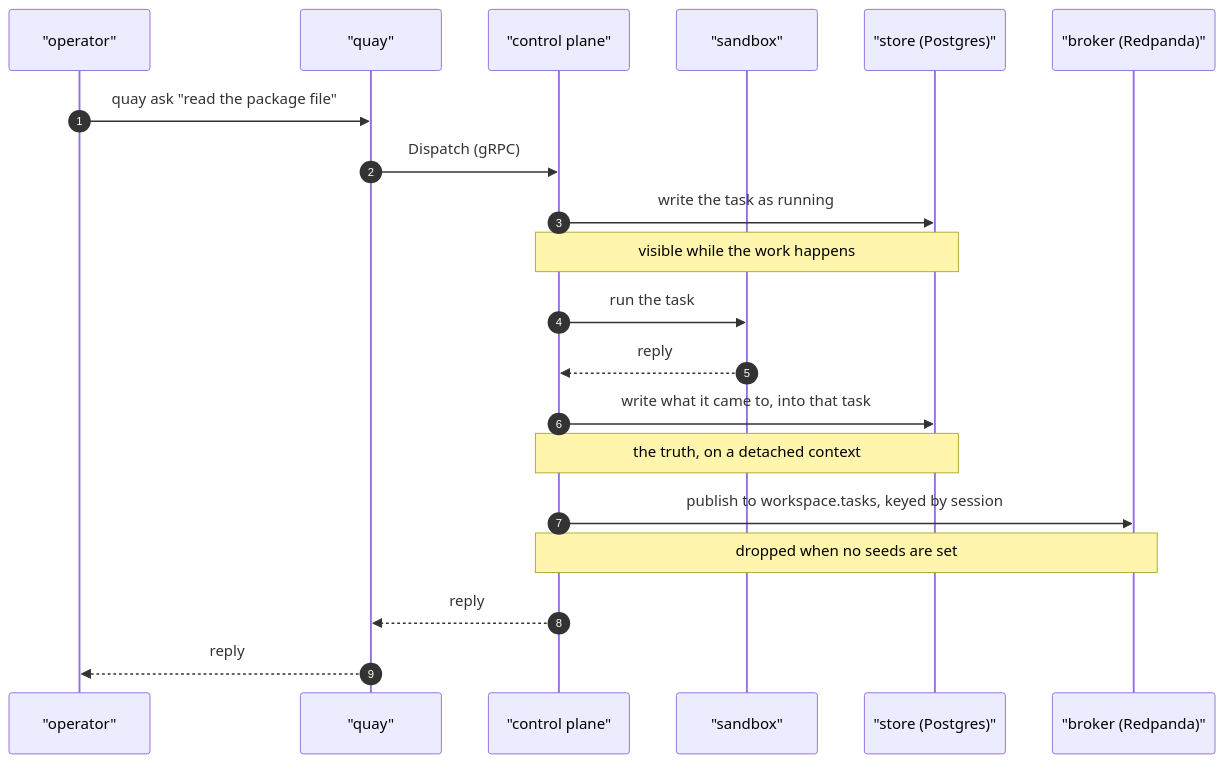
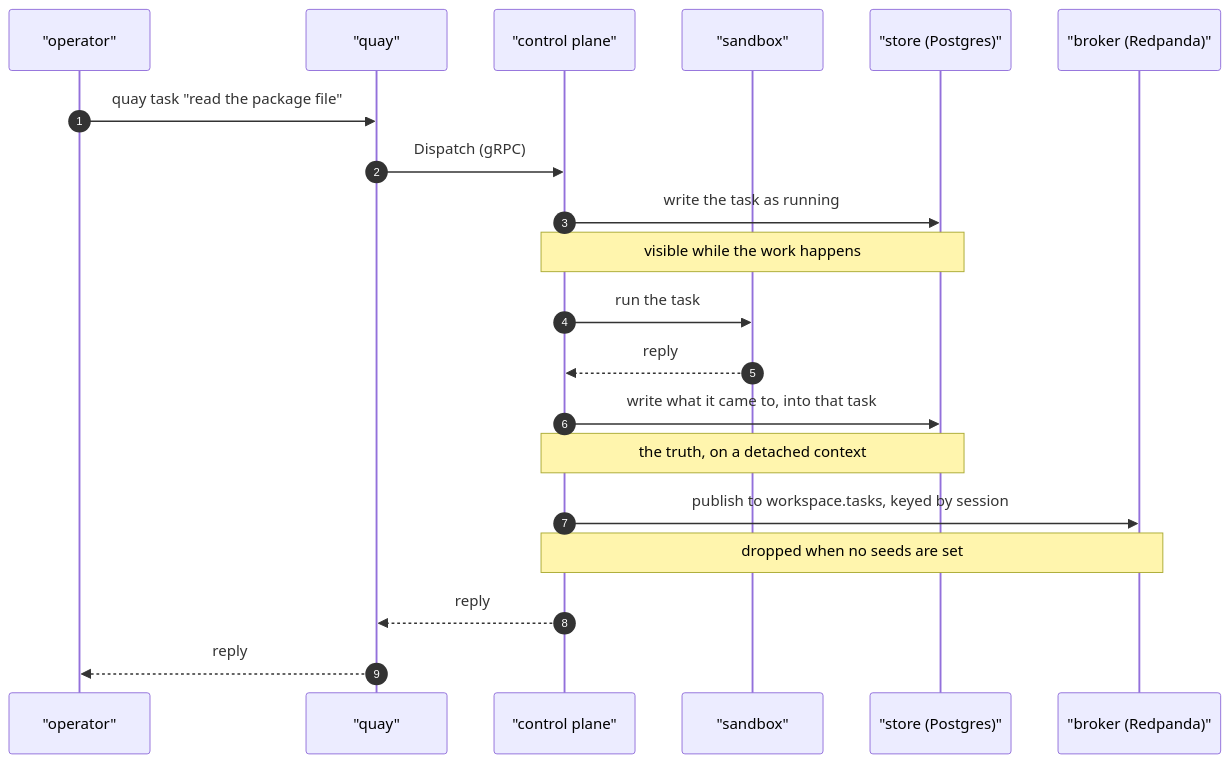
One commit to atlantic-blue/quay-crew changed the second of 2 diagrams in docs/TASKS.md. Above: the diagram before and after it, drawn with Mermaid. The commit also changed other lines of this file and 50 other files, not shown here.

````diff
--- a/docs/TASKS.md
+++ b/docs/TASKS.md
@@ -56,23 +99,23 @@
 ```mermaid
 sequenceDiagram
     autonumber
     participant YOU as "operator"
     participant CLI as "quay"
     participant CP as "control plane"
     participant SBX as "sandbox"
     participant DB as "store (Postgres)"
     participant LOG as "broker (Redpanda)"
 
-    YOU->>CLI: quay ask "read the package file"
+    YOU->>CLI: quay task "read the package file"
     CLI->>CP: Dispatch (gRPC)
     CP->>DB: write the task as running
     Note over CP,DB: visible while the work happens
     CP->>SBX: run the task
     SBX-->>CP: reply
     CP->>DB: write what it came to, into that task
     Note over CP,DB: the truth, on a detached context
     CP->>LOG: publish to workspace.tasks, keyed by session
     Note over CP,LOG: dropped when no seeds are set
     CP-->>CLI: reply
     CLI-->>YOU: reply
 ```
````
